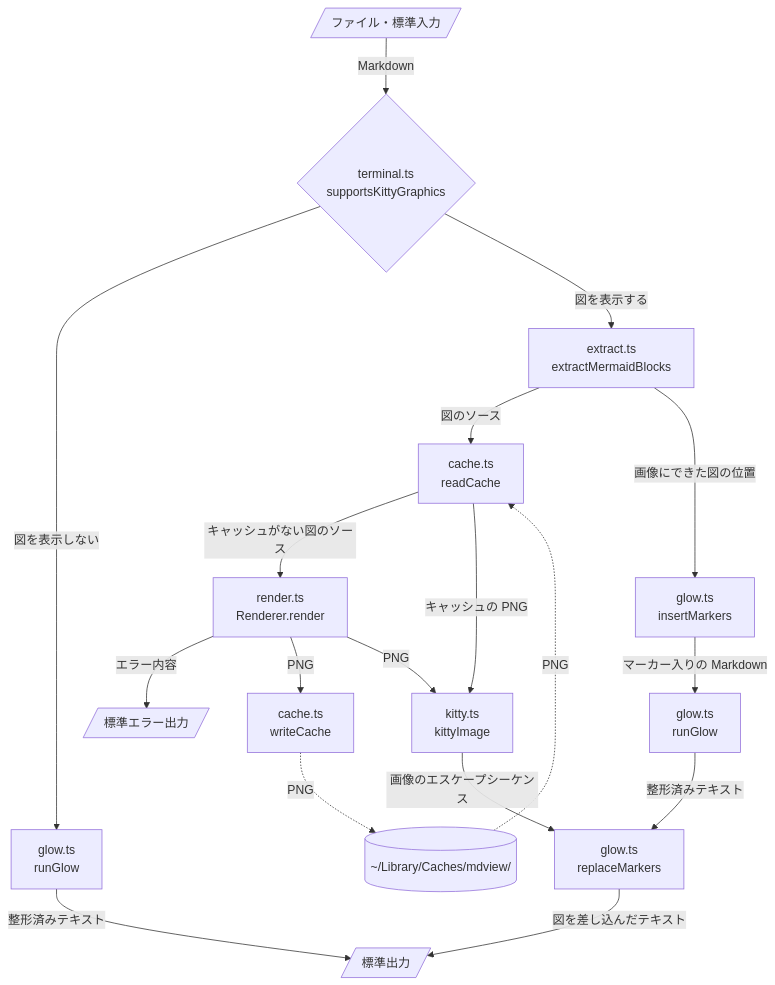
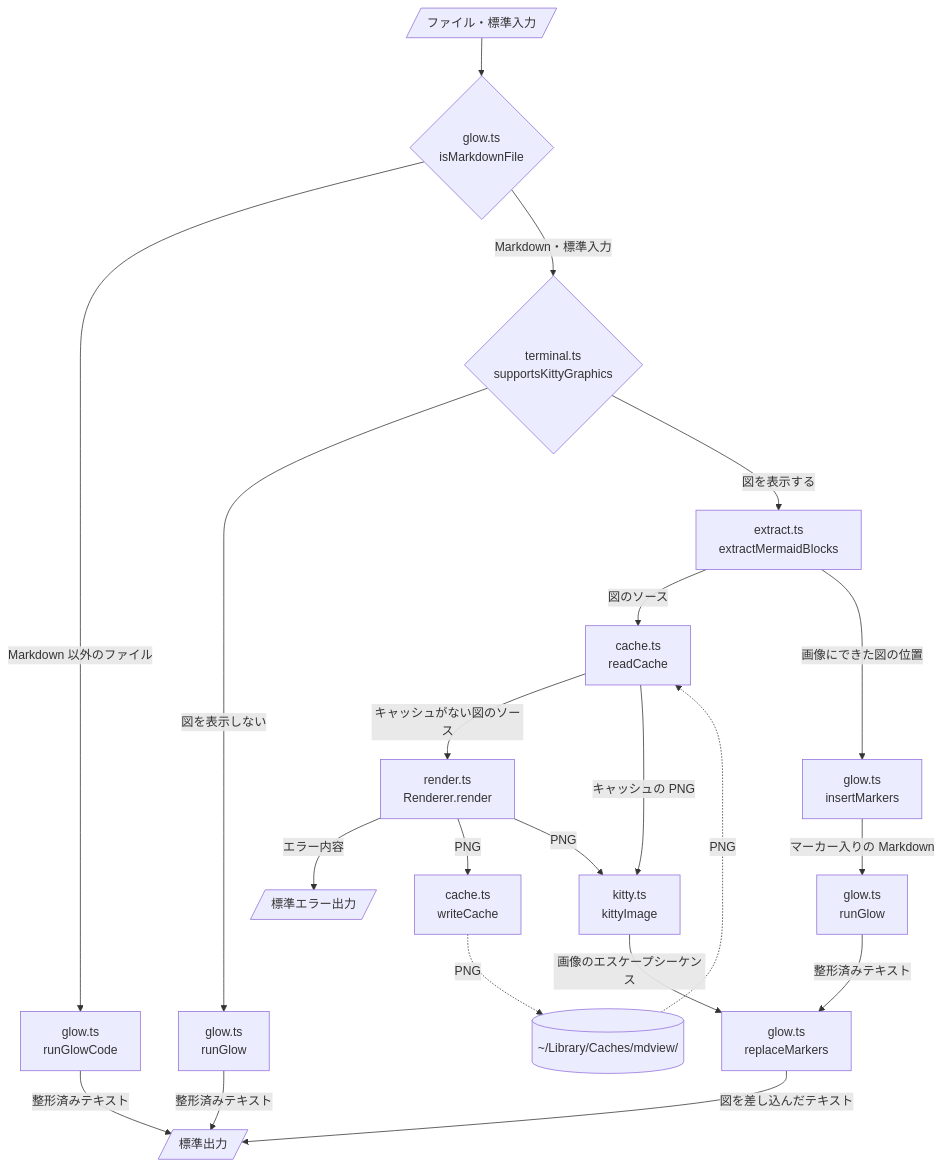
One commit to ryoooosk/mdview changed the first of 2 diagrams in src/README.md. Above: the diagram before and after it, drawn with Mermaid. The commit also changed other lines of this file and 2 other files, not shown here.

Commit message:
Markdown 以外のファイルをコードとして色分けして表示する
cat では JSON などに色が付かず、エディタで開いたときと比べて読みにくいため。glow でファイルを開いたときと同じように、拡張子を言語名にしたコードとして色分けする。図の処理はしないので Chrome も起動しない。標準入力はこれまでどおり Markdown として扱う

````diff
--- a/src/README.md
+++ b/src/README.md
@@ -7,22 +7,26 @@
 ```mermaid
 flowchart TD
-    IN[/"ファイル・標準入力"/] -- Markdown --> TERM{"terminal.ts<br>supportsKittyGraphics"}
+    IN[/"ファイル・標準入力"/] --> KIND{"glow.ts<br>isMarkdownFile"}
+    KIND -- "Markdown 以外のファイル" --> GLOW_CODE["glow.ts<br>runGlowCode"]
+    GLOW_CODE -- "整形済みテキスト" --> OUT[/"標準出力"/]
+
+    KIND -- "Markdown・標準入力" --> TERM{"terminal.ts<br>supportsKittyGraphics"}
     TERM -- "図を表示しない" --> GLOW_PLAIN["glow.ts<br>runGlow"]
-    GLOW_PLAIN -- "整形済みテキスト" --> OUT[/"標準出力"/]
+    GLOW_PLAIN -- "整形済みテキスト" --> OUT
 
     TERM -- "図を表示する" --> EXTRACT["extract.ts<br>extractMermaidBlocks"]
     EXTRACT -- "図のソース" --> READ["cache.ts<br>readCache"]
     CACHE[("~/Library/Caches/mdview/")] -. PNG .-> READ
     READ -- "キャッシュがない図のソース" --> RENDER["render.ts<br>Renderer.render"]
     RENDER -- "エラー内容" --> ERR[/"標準エラー出力"/]
     RENDER -- PNG --> WRITE["cache.ts<br>writeCache"]
     WRITE -. PNG .-> CACHE
     READ -- "キャッシュの PNG" --> KITTY["kitty.ts<br>kittyImage"]
     RENDER -- PNG --> KITTY
 
     EXTRACT -- "画像にできた図の位置" --> INSERT["glow.ts<br>insertMarkers"]
     INSERT -- "マーカー入りの Markdown" --> GLOW["glow.ts<br>runGlow"]
     GLOW -- "整形済みテキスト" --> REPLACE["glow.ts<br>replaceMarkers"]
     KITTY -- "画像のエスケープシーケンス" --> REPLACE
     REPLACE -- "図を差し込んだテキスト" --> OUT
 ```
````
